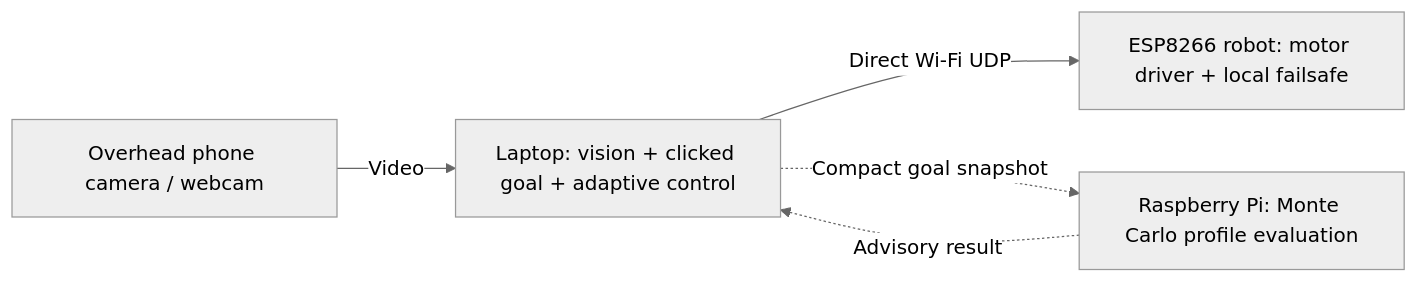
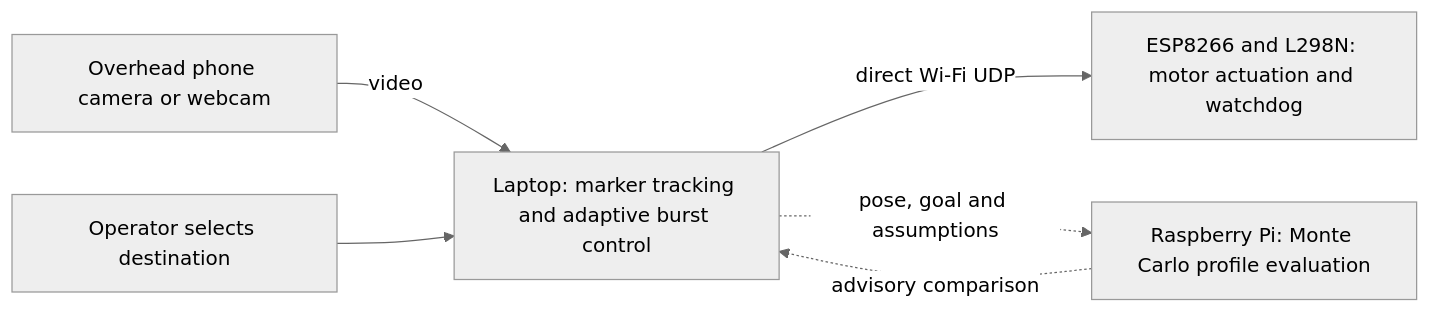
Before and after one commit to Kapilkannaa/pi-swarm-robotics: the diagram in README.md, drawn with Mermaid (neutral theme). The commit also changed other lines of this file and 23 other files, not shown here.

````diff
--- a/README.md
+++ b/README.md
@@ -39,7 +49,8 @@
 ```mermaid
 flowchart LR
-    C[Overhead phone camera / webcam] -->|Video| L[Laptop: vision + clicked goal + adaptive control]
-    L -->|Direct Wi-Fi UDP| B[ESP8266 robot: motor driver + local failsafe]
-    L -. Compact goal snapshot .-> P[Raspberry Pi: Monte Carlo profile evaluation]
-    P -. Advisory result .-> L
+    C[Overhead phone camera or webcam] -->|video| L[Laptop: marker tracking and adaptive burst control]
+    U[Operator selects destination] --> L
+    L -->|direct Wi-Fi UDP| B[ESP8266 and L298N: motor actuation and watchdog]
+    L -. pose, goal and assumptions .-> P[Raspberry Pi: Monte Carlo profile evaluation]
+    P -. advisory comparison .-> L
 ```
````
